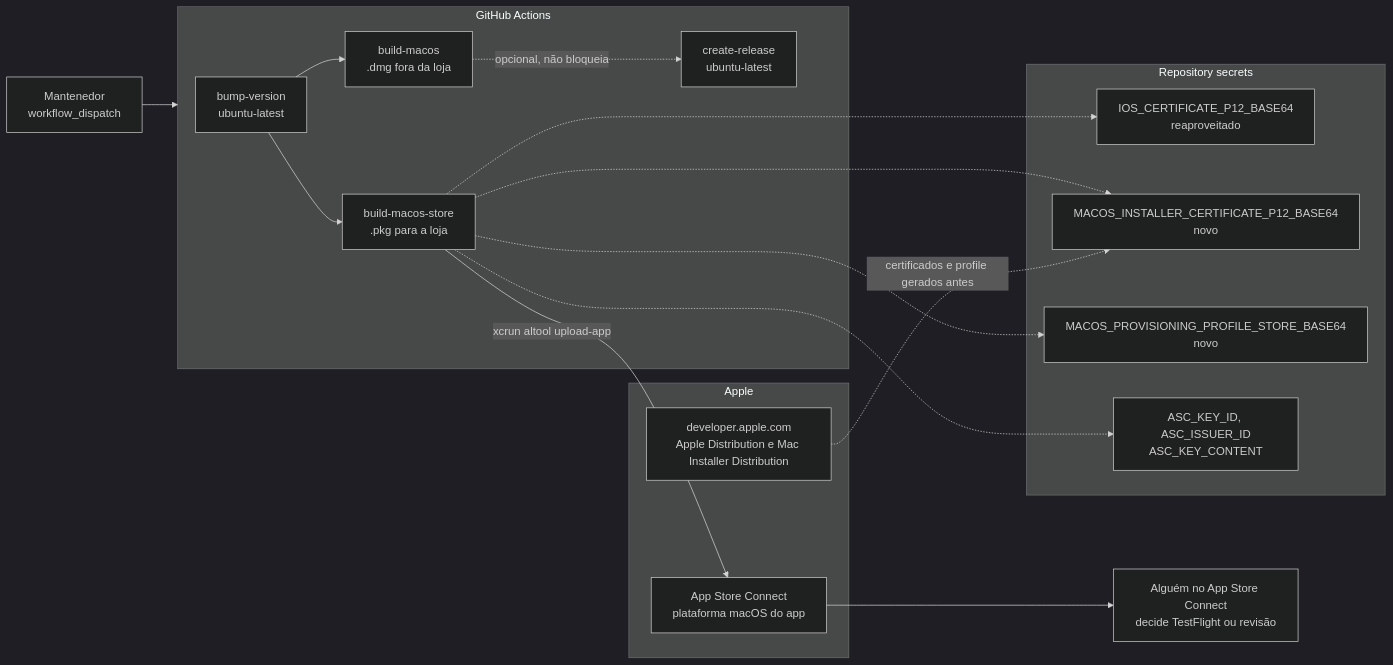
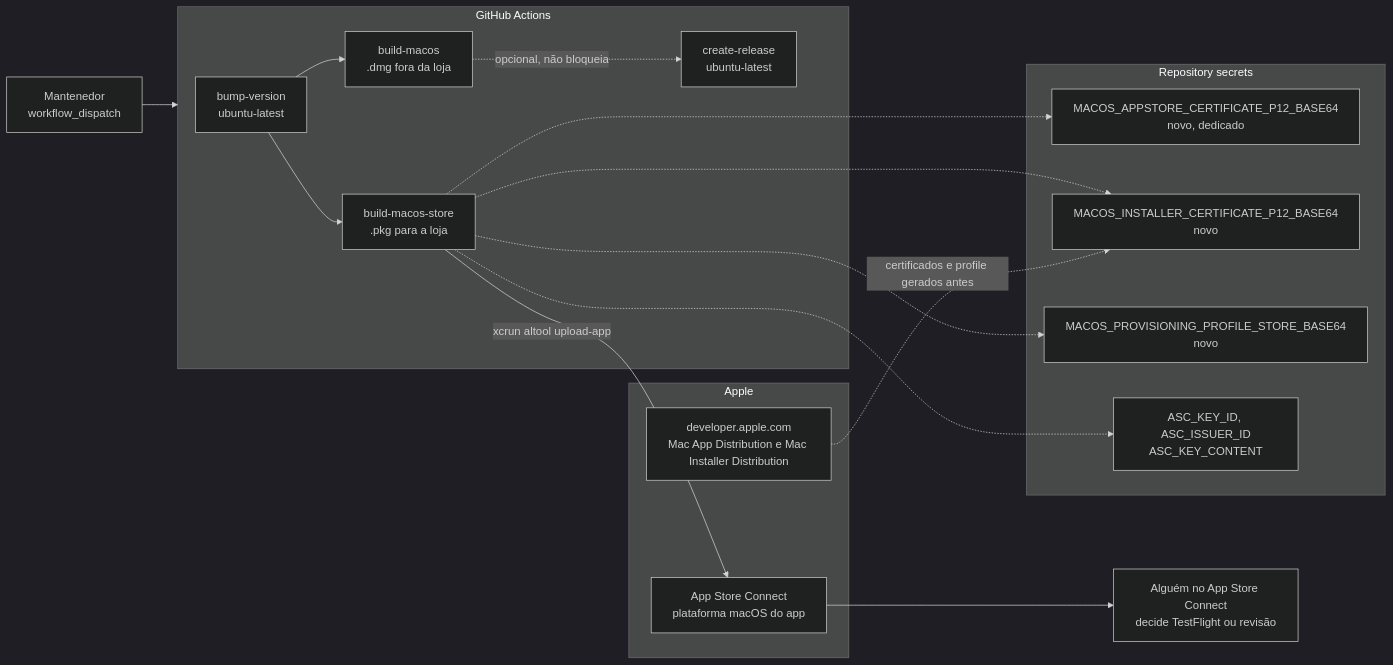
The first of 3 diagrams in docs/MACOS_APPSTORE_RELEASE.md (marcelofmatos/imfxtech-chat), drawn with Mermaid (dark theme) before and after one commit. The commit also changed other lines of this file and 1 other file, not shown here.

First line of the commit message:
fix(macos): usa certificado dedicado pra assinar o app na Mac App Store

````diff
--- a/docs/MACOS_APPSTORE_RELEASE.md
+++ b/docs/MACOS_APPSTORE_RELEASE.md
@@ -106,30 +125,30 @@
 ```mermaid
 flowchart LR
     dev["Mantenedor<br/>workflow_dispatch"] --> gha
     subgraph gha["GitHub Actions"]
         bump["bump-version<br/>ubuntu-latest"]
         mac_dmg["build-macos<br/>.dmg fora da loja"]
         mac_store["build-macos-store<br/>.pkg para a loja"]
         rel["create-release<br/>ubuntu-latest"]
         bump --> mac_dmg
         bump --> mac_store
         mac_dmg -. "opcional, não bloqueia" .-> rel
     end
     subgraph secrets["Repository secrets"]
-        s_app["IOS_CERTIFICATE_P12_BASE64<br/>reaproveitado"]
+        s_app["MACOS_APPSTORE_CERTIFICATE_P12_BASE64<br/>novo, dedicado"]
         s_inst["MACOS_INSTALLER_CERTIFICATE_P12_BASE64<br/>novo"]
         s_prof["MACOS_PROVISIONING_PROFILE_STORE_BASE64<br/>novo"]
         s_asc["ASC_KEY_ID, ASC_ISSUER_ID<br/>ASC_KEY_CONTENT"]
     end
     subgraph apple["Apple"]
-        portal["developer.apple.com<br/>Apple Distribution e Mac Installer Distribution"]
+        portal["developer.apple.com<br/>Mac App Distribution e Mac Installer Distribution"]
         asc["App Store Connect<br/>plataforma macOS do app"]
     end
     mac_store -.-> s_app
     mac_store -.-> s_inst
     mac_store -.-> s_prof
     mac_store -.-> s_asc
     portal -. "certificados e profile gerados antes" .-> s_inst
     mac_store -->|"xcrun altool upload-app"| asc
     asc --> human["Alguém no App Store Connect<br/>decide TestFlight ou revisão"]
 ```
````
